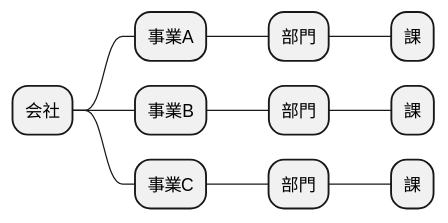
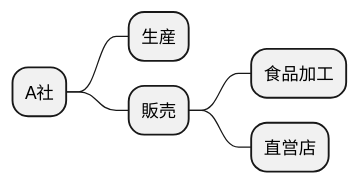
One commit to k2works/case-sutudy-business-analysis changed the first of 15 diagrams in docs/case/r04_case_1.adoc. Above: the diagram before and after it, drawn with PlantUML. The commit also changed other lines of this file, not shown here.

```diff
--- a/docs/case/r04_case_1.adoc
+++ b/docs/case/r04_case_1.adoc
@@ -48,17 +48,12 @@
 [plantuml]
 ----
 @startmindmap
 
-* 会社
-** 事業A
-*** 部門
-**** 課
-** 事業B
-*** 部門
-**** 課
-** 事業C
-*** 部門
-**** 課
+* A社
+** 生産
+** 販売
+*** 食品加工
+*** 直営店
 
 @endmindmap
 ----
```
